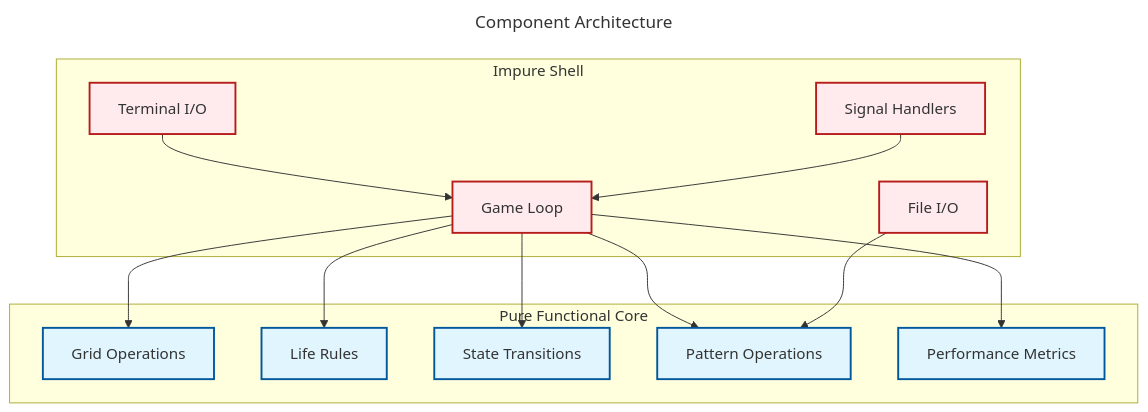
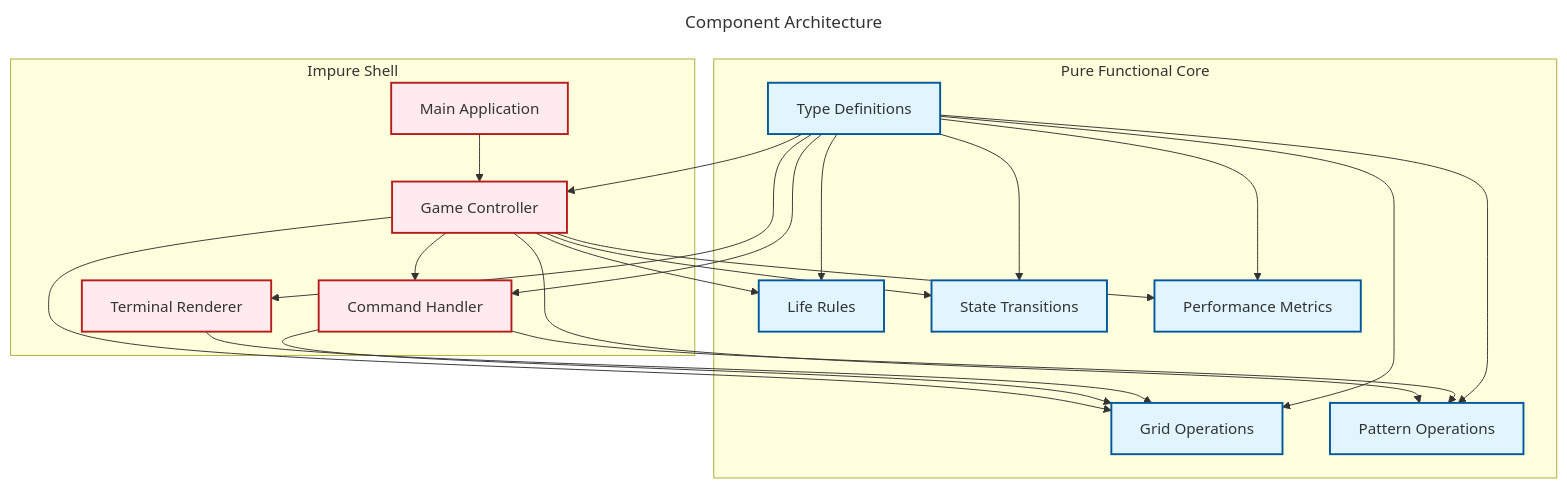
The fifth of 6 diagrams in docs/diagrams.md (dewe/py-gol), drawn with Mermaid before and after one commit. The commit also changed other lines of this file and 7 other files, not shown here.

````diff
--- a/docs/diagrams.md
+++ b/docs/diagrams.md
@@ -120,38 +127,51 @@
 ```mermaid
 ---
 title: Component Architecture
 ---
 graph TD
     %% Pure Core
     subgraph Pure ["Pure Functional Core"]
         Grid[Grid Operations]
         Life[Life Rules]
         State[State Transitions]
         Pattern[Pattern Operations]
         Metrics[Performance Metrics]
+        Types[Type Definitions]
     end
 
     %% Impure Shell
     subgraph Impure ["Impure Shell"]
-        Terminal[Terminal I/O]
-        FileIO[File I/O]
-        Signals[Signal Handlers]
-        GameLoop[Game Loop]
+        Main[Main Application]
+        Commands[Command Handler]
+        Controller[Game Controller]
+        Renderer[Terminal Renderer]
     end
 
     %% Connections
-    GameLoop --> Grid
-    GameLoop --> Life
-    GameLoop --> State
-    GameLoop --> Pattern
-    GameLoop --> Metrics
-    Terminal --> GameLoop
-    FileIO --> Pattern
-    Signals --> GameLoop
+    Main --> Controller
+    Controller --> Commands
+    Controller --> Grid
+    Controller --> Life
+    Controller --> State
+    Controller --> Pattern
+    Controller --> Metrics
+    Commands --> Pattern
+    Commands --> Grid
+    Renderer --> Grid
+    
+    %% Type System
+    Types --> Grid
+    Types --> Life
+    Types --> State
+    Types --> Pattern
+    Types --> Metrics
+    Types --> Controller
+    Types --> Commands
+    Types --> Renderer
 
     %% Styling
     classDef pure fill:#e1f5fe,stroke:#01579b,stroke-width:2px;
     classDef impure fill:#ffebee,stroke:#b71c1c,stroke-width:2px;
-    class Grid,Life,State,Pattern,Metrics pure;
-    class Terminal,FileIO,Signals,GameLoop impure;
+    class Grid,Life,State,Pattern,Metrics,Types pure;
+    class Main,Commands,Controller,Renderer impure;
 ```
````
